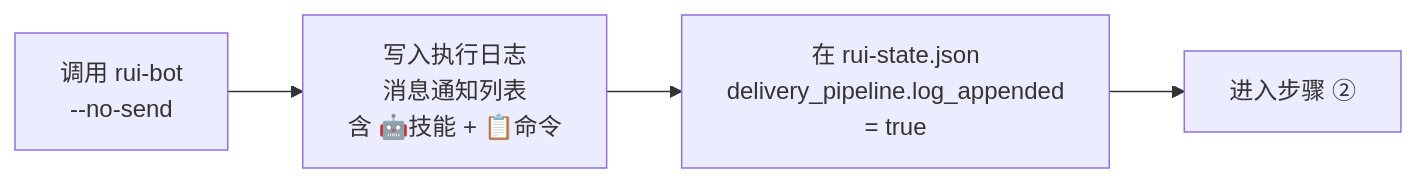
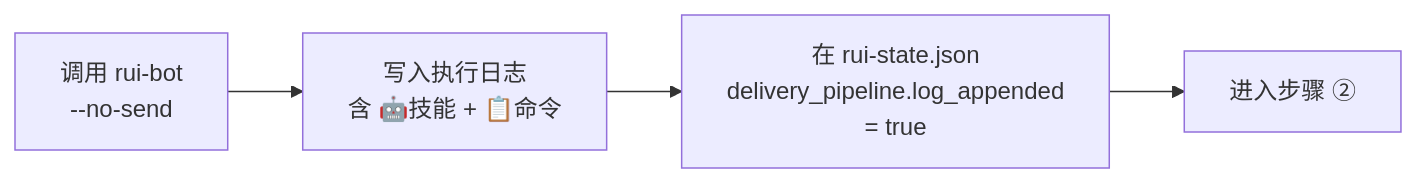
One commit to effiy/YrY changed the second of 6 diagrams in rules/delivery-gate.md. Above: the diagram before and after it, drawn with Mermaid. The commit also changed other lines of this file and 37 other files, not shown here.

````diff
--- a/rules/delivery-gate.md
+++ b/rules/delivery-gate.md
@@ -78,7 +85,7 @@
 ```mermaid
 flowchart LR
-    CALL["调用 rui-bot<br/>--no-send"]:::step --> LOG["写入执行日志<br/>消息通知列表<br/>含 🤖技能 + 📋命令"]:::out
+    CALL["调用 rui-bot<br/>--no-send"]:::step --> LOG["写入执行日志<br/>含 🤖技能 + 📋命令"]:::out
     LOG --> MARK["在 rui-state.json<br/>delivery_pipeline.log_appended<br/>= true"]:::mark
     MARK --> NEXT["进入步骤 ②"]:::next
 
 ```
````
